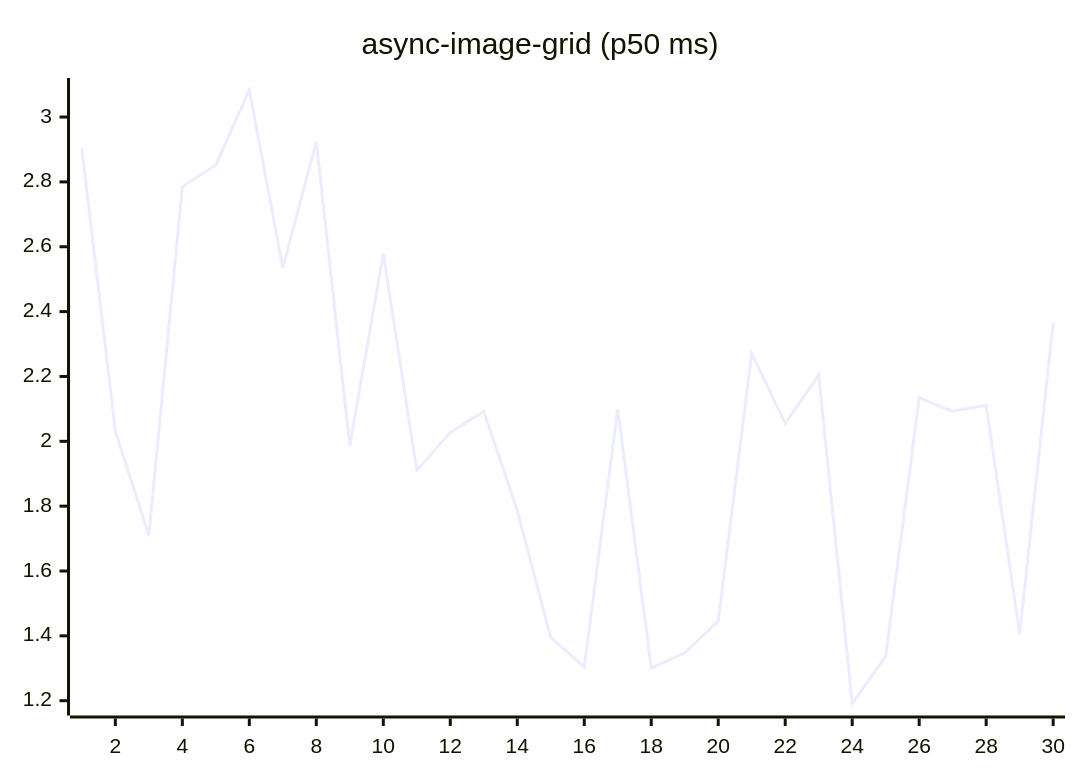
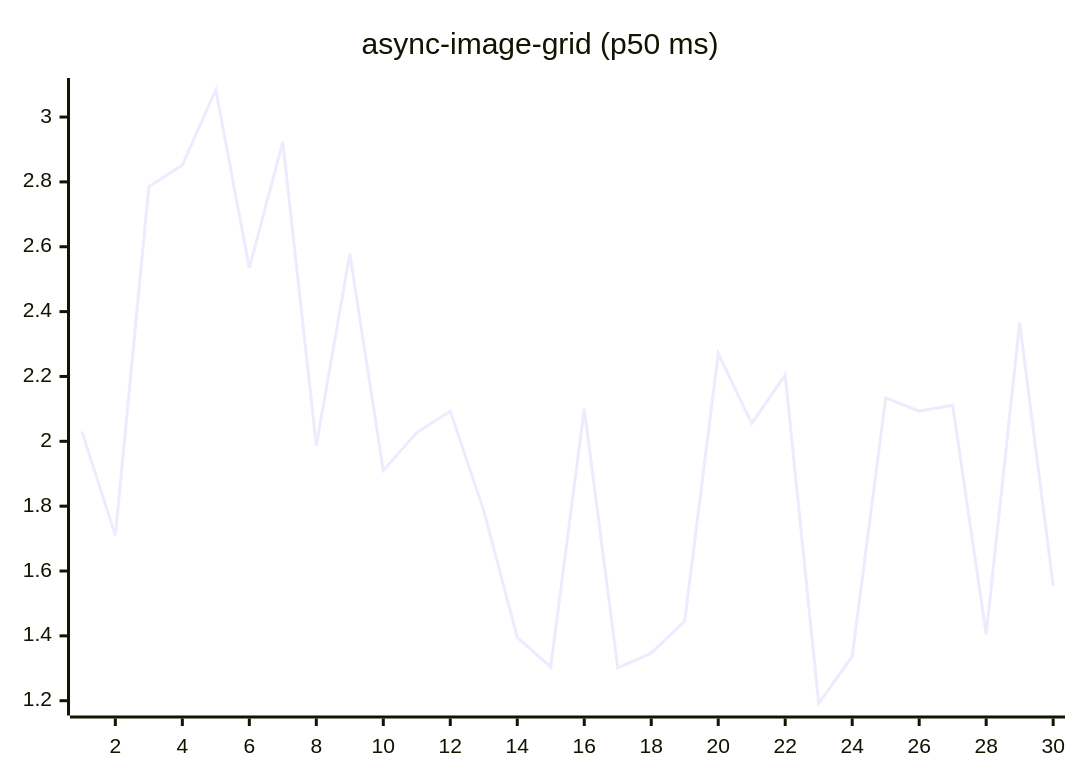
The fifth of 27 diagrams in README.md (josha/Facet), drawn with Mermaid before and after one commit. The commit also changed other lines of this file and 2 other files, not shown here.

````diff
--- a/README.md
+++ b/README.md
@@ -91,6 +91,6 @@
 ```mermaid
 xychart-beta
     title "async-image-grid (p50 ms)"
     x-axis 1 --> 30
-    line [2.9032, 2.0307, 1.7099, 2.7848, 2.8523, 3.0834, 2.5349, 2.9237, 1.9862, 2.5787, 1.9102, 2.0270, 2.0924, 1.7862, 1.3954, 1.3043, 2.1007, 1.3011, 1.3467, 1.4457, 2.2705, 2.0555, 2.2044, 1.1914, 1.3367, 2.1339, 2.0928, 2.1114, 1.4048, 2.3659]
+    line [2.0307, 1.7099, 2.7848, 2.8523, 3.0834, 2.5349, 2.9237, 1.9862, 2.5787, 1.9102, 2.0270, 2.0924, 1.7862, 1.3954, 1.3043, 2.1007, 1.3011, 1.3467, 1.4457, 2.2705, 2.0555, 2.2044, 1.1914, 1.3367, 2.1339, 2.0928, 2.1114, 1.4048, 2.3659, 1.5548]
 ```
````
